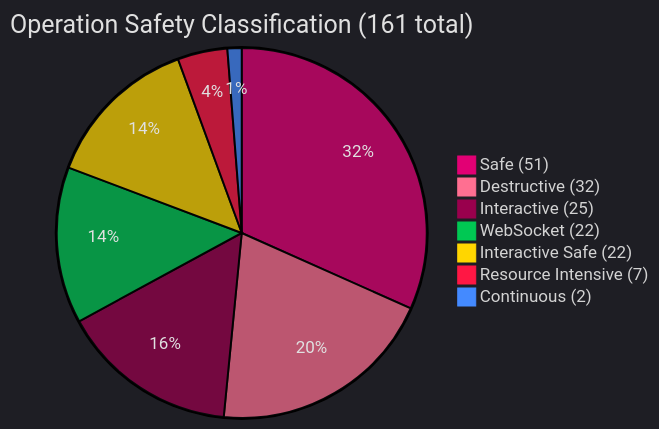
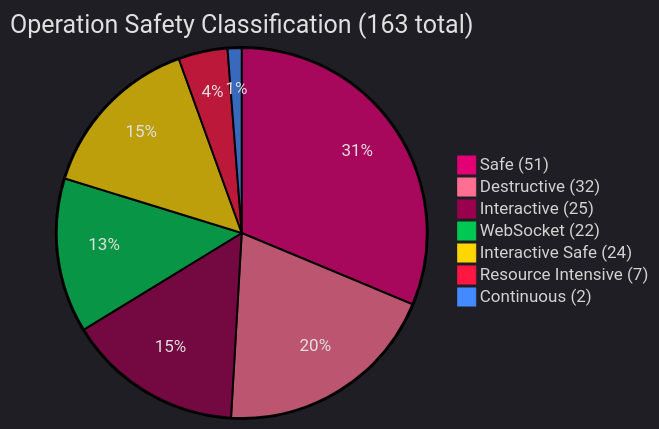
Before and after one commit to jmorrison-juniper/MistHelper: the first of 5 diagrams in documentation/diagrams/operations/metrics-and-analytics.md, drawn with Mermaid. The commit also changed other lines of this file and 7 other files, not shown here.

````diff
--- a/documentation/diagrams/operations/metrics-and-analytics.md
+++ b/documentation/diagrams/operations/metrics-and-analytics.md
@@ -11,28 +11,28 @@
 ```mermaid
 %%{init: {'theme': 'dark', 'themeVariables': {
   'primaryColor': '#E20074',
   'primaryTextColor': '#E0E0E0',
   'primaryBorderColor': '#99004D',
   'lineColor': '#FF4DA6',
   'secondaryColor': '#16213E',
   'tertiaryColor': '#1A1A2E',
   'pie1': '#E20074',
   'pie2': '#FF6F91',
   'pie3': '#99004D',
   'pie4': '#00C853',
   'pie5': '#FFD600',
   'pie6': '#FF1744',
   'pie7': '#448AFF',
   'pie8': '#A0A0B0',
   'pieTitleTextColor': '#E0E0E0',
   'pieSectionTextColor': '#E0E0E0'
 }, 'pie': {'textPosition': 0.75}}}%%
-pie title Operation Safety Classification (161 total)
+pie title Operation Safety Classification (163 total)
     "Safe (51)" : 51
     "Destructive (32)" : 32
     "Interactive (25)" : 25
     "WebSocket (22)" : 22
-    "Interactive Safe (22)" : 22
+    "Interactive Safe (24)" : 24
     "Resource Intensive (7)" : 7
     "Continuous (2)" : 2
 ```
````
